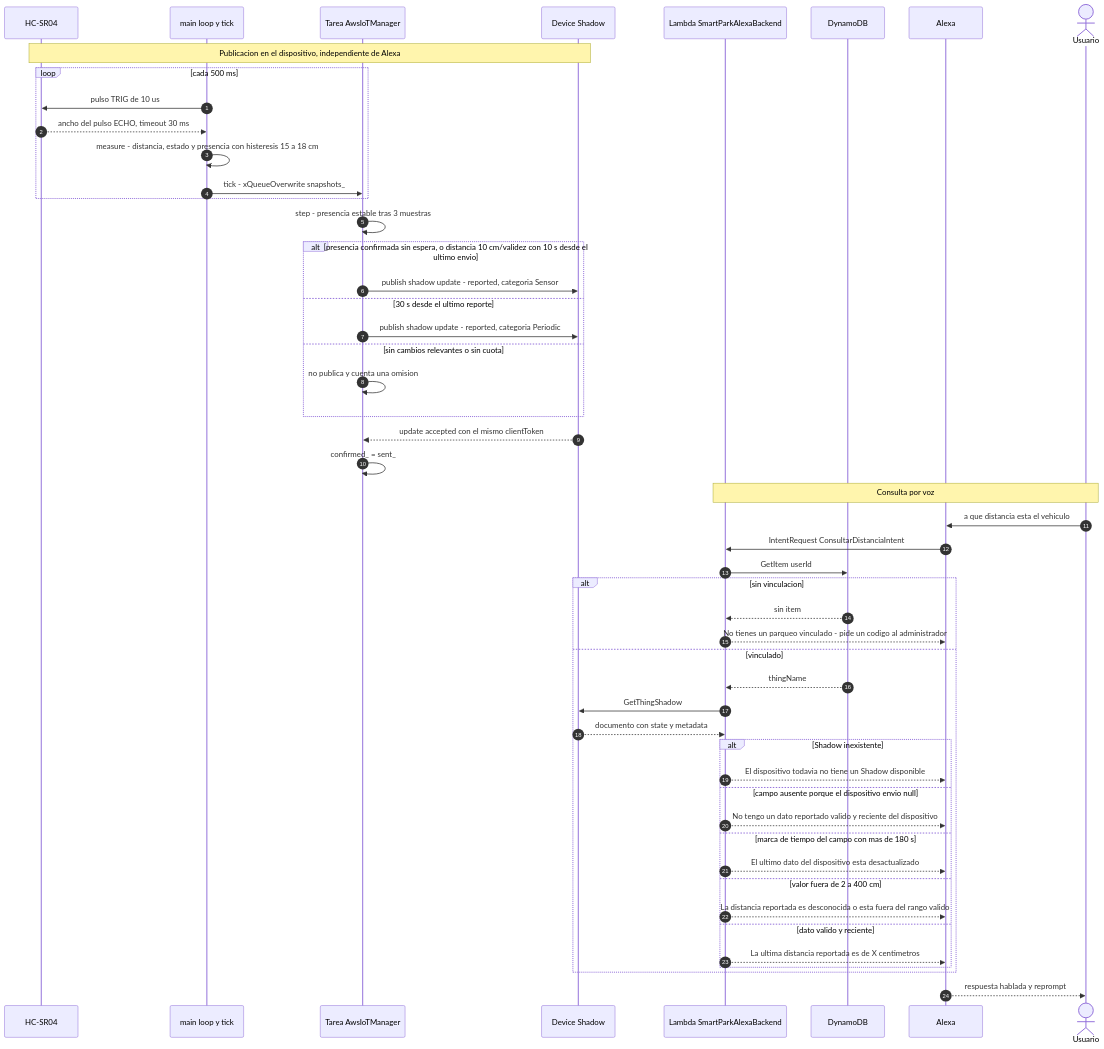
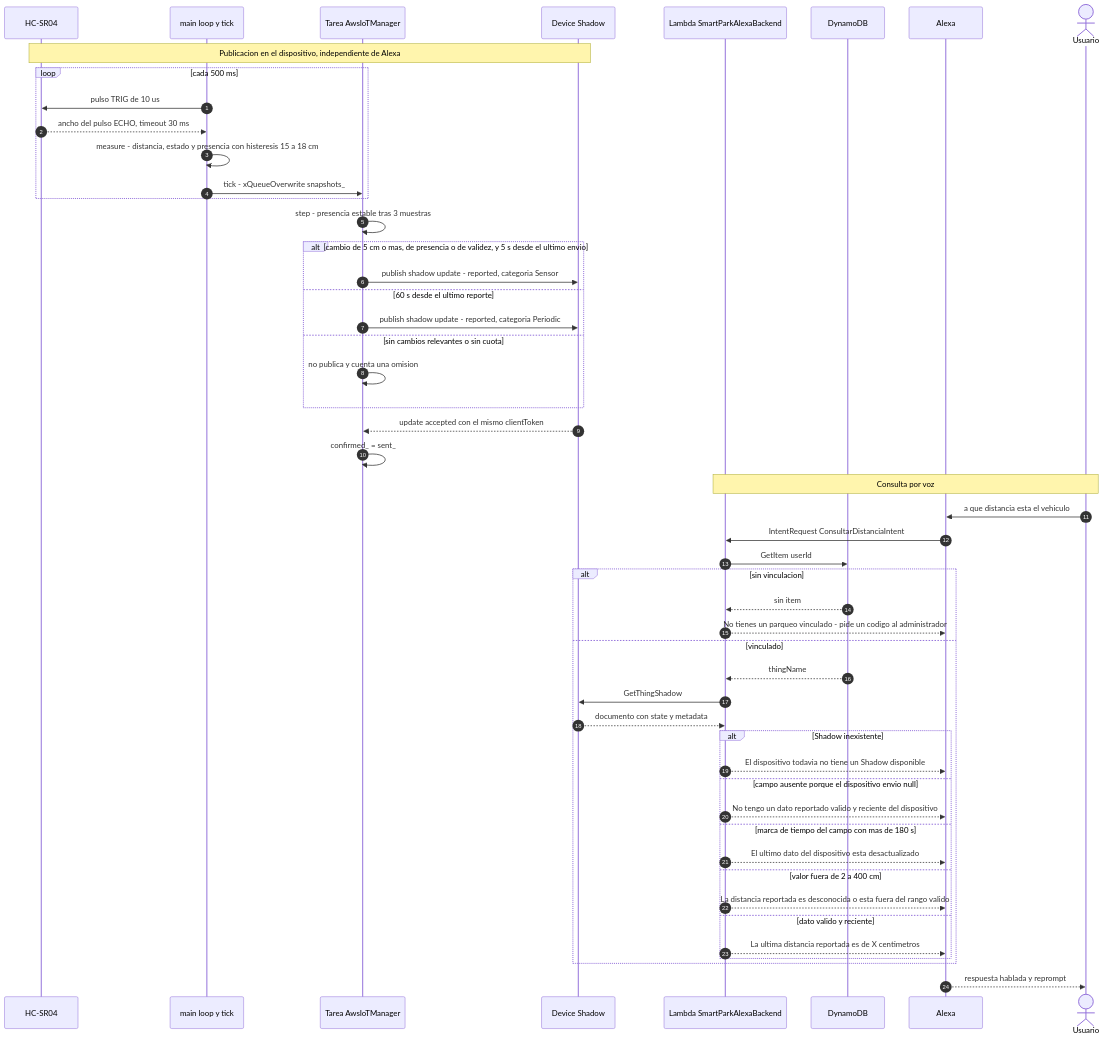
Before and after one commit to HenryRiveraM/smartpark-practica-3: diagram 12 of 16 in docs/informe.md, drawn with Mermaid. The commit also changed other lines of this file and 1 other file, not shown here.

````diff
--- a/docs/informe.md
+++ b/docs/informe.md
@@ -944,55 +944,55 @@
 ```mermaid
 sequenceDiagram
     autonumber
     participant HC as HC-SR04
     participant ML as main loop y tick
     participant TASK as Tarea AwsIoTManager
     participant SH as Device Shadow
     participant LA as Lambda SmartParkAlexaBackend
     participant DB as DynamoDB
     participant AX as Alexa
     actor U as Usuario
 
     Note over HC,SH: Publicacion en el dispositivo, independiente de Alexa
     loop cada 500 ms
         ML->>HC: pulso TRIG de 10 us
         HC-->>ML: ancho del pulso ECHO, timeout 30 ms
         ML->>ML: measure - distancia, estado y presencia con histeresis 15 a 18 cm
         ML->>TASK: tick - xQueueOverwrite snapshots_
     end
     TASK->>TASK: step - presencia estable tras 3 muestras
-    alt presencia confirmada sin espera, o distancia 10 cm/validez con 10 s desde el ultimo envio
+    alt cambio de 5 cm o mas, de presencia o de validez, y 5 s desde el ultimo envio
         TASK->>SH: publish shadow update - reported, categoria Sensor
-    else 30 s desde el ultimo reporte
+    else 60 s desde el ultimo reporte
         TASK->>SH: publish shadow update - reported, categoria Periodic
     else sin cambios relevantes o sin cuota
         TASK->>TASK: no publica y cuenta una omision
     end
     SH-->>TASK: update accepted con el mismo clientToken
     TASK->>TASK: confirmed_ = sent_
 
     Note over U,LA: Consulta por voz
     U->>AX: a que distancia esta el vehiculo
     AX->>LA: IntentRequest ConsultarDistanciaIntent
     LA->>DB: GetItem userId
     alt sin vinculacion
         DB-->>LA: sin item
         LA-->>AX: No tienes un parqueo vinculado - pide un codigo al administrador
     else vinculado
         DB-->>LA: thingName
         LA->>SH: GetThingShadow
         SH-->>LA: documento con state y metadata
         alt Shadow inexistente
             LA-->>AX: El dispositivo todavia no tiene un Shadow disponible
         else campo ausente porque el dispositivo envio null
             LA-->>AX: No tengo un dato reportado valido y reciente del dispositivo
         else marca de tiempo del campo con mas de 180 s
             LA-->>AX: El ultimo dato del dispositivo esta desactualizado
         else valor fuera de 2 a 400 cm
             LA-->>AX: La distancia reportada es desconocida o esta fuera del rango valido
         else dato valido y reciente
             LA-->>AX: La ultima distancia reportada es de X centimetros
         end
     end
     AX-->>U: respuesta hablada y reprompt
 ```
````
